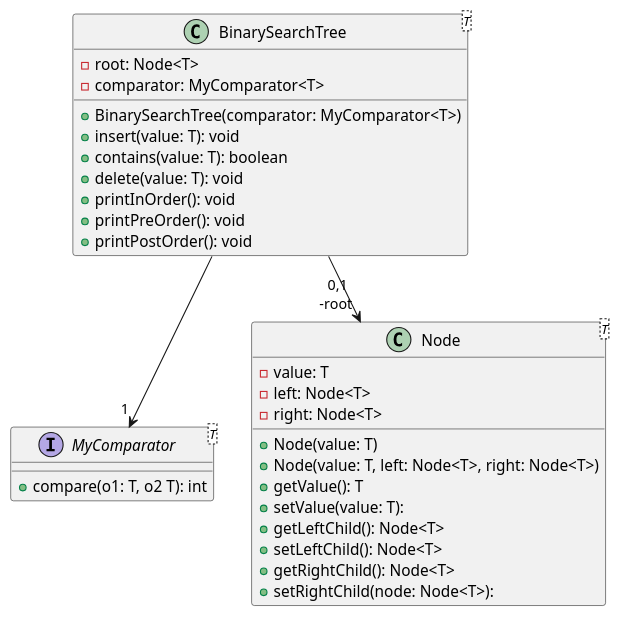
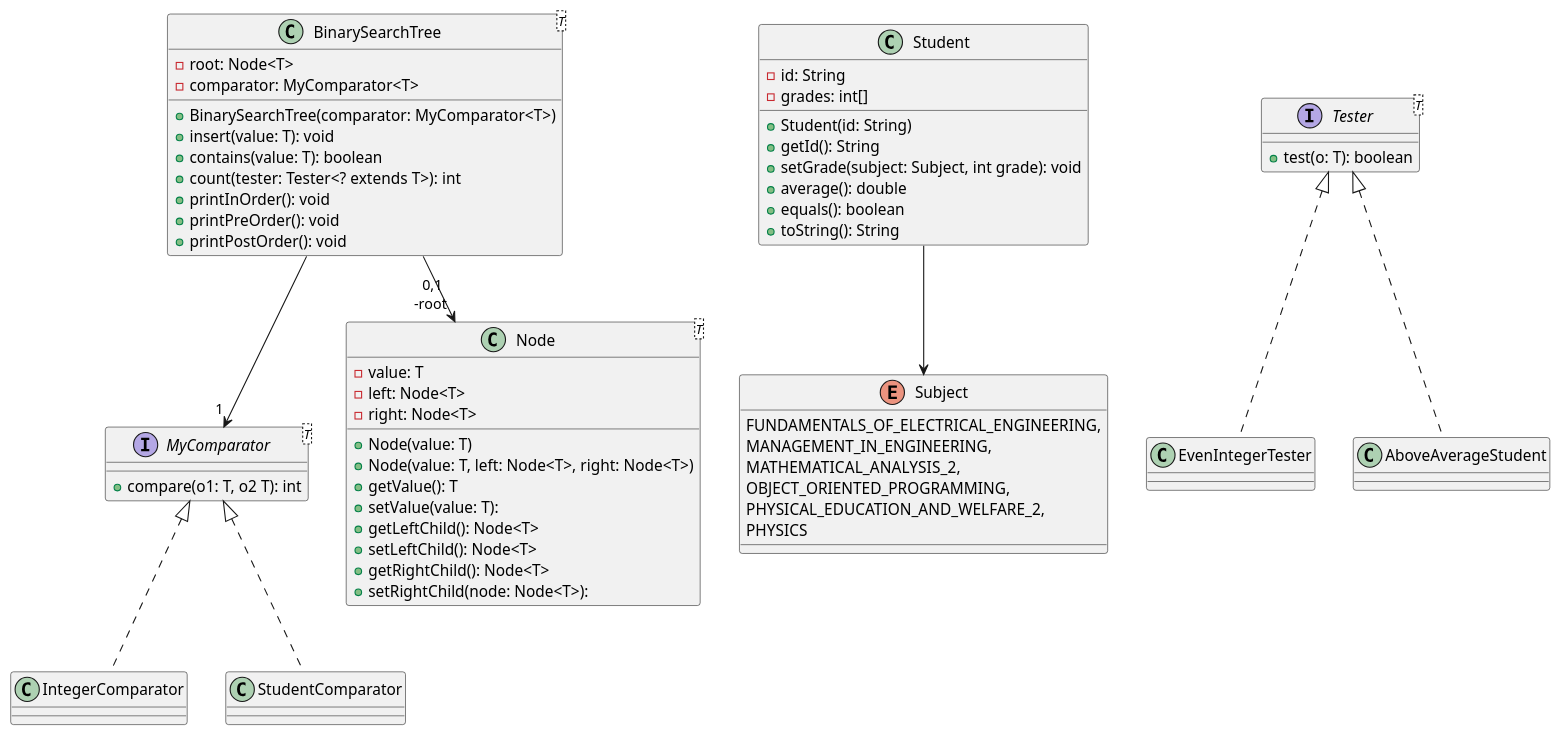
Before and after one commit to marcelmuslijafer/mi-pripreme-generics: the diagram in diagrams/class-diagram.puml, drawn with PlantUML. The commit also changed 14 other files, not shown here.

```diff
--- a/diagrams/class-diagram.puml
+++ b/diagrams/class-diagram.puml
@@ -1,38 +1,82 @@
 @startuml
 interface MyComparator<T> {
     +compare(o1: T, o2 T): int
+}
+
+class IntegerComparator {
+}
+
+class StudentComparator {
 }
 
 class Node<T> {
     -value: T
     -left: Node<T>
     -right: Node<T>
 
     +Node(value: T)
     +Node(value: T, left: Node<T>, right: Node<T>)
     +getValue(): T
     +setValue(value: T):
     +getLeftChild(): Node<T>
     +setLeftChild(): Node<T>
     +getRightChild(): Node<T>
     +setRightChild(node: Node<T>):
 }
 
 class BinarySearchTree<T> {
     -root: Node<T>
     -comparator: MyComparator<T>
 
     +BinarySearchTree(comparator: MyComparator<T>)
     +insert(value: T): void
     +contains(value: T): boolean
-    +delete(value: T): void
+    +count(tester: Tester<? extends T>): int
     +printInOrder(): void
     +printPreOrder(): void
     +printPostOrder(): void
 }
 
+class Student {
+    -id: String
+    -grades: int[]
+
+    +Student(id: String)
+    +getId(): String
+    +setGrade(subject: Subject, int grade): void
+    +average(): double
+    +equals(): boolean
+    +toString(): String
+}
+
+enum Subject {
+    FUNDAMENTALS_OF_ELECTRICAL_ENGINEERING,
+    MANAGEMENT_IN_ENGINEERING,
+    MATHEMATICAL_ANALYSIS_2,
+    OBJECT_ORIENTED_PROGRAMMING,
+    PHYSICAL_EDUCATION_AND_WELFARE_2,
+    PHYSICS
+}
+
+interface Tester<T> {
+    +test(o: T): boolean
+}
+
+class EvenIntegerTester {
+}
+
+class AboveAverageStudent{
+}
+
+MyComparator <|.. StudentComparator
+MyComparator <|.. IntegerComparator
 
 BinarySearchTree --> "0,1\n-root " Node
 BinarySearchTree --> "1 " MyComparator
 
+Student --> Subject
+
+Tester <|.. EvenIntegerTester
+Tester <|.. AboveAverageStudent
+
 @enduml
```
